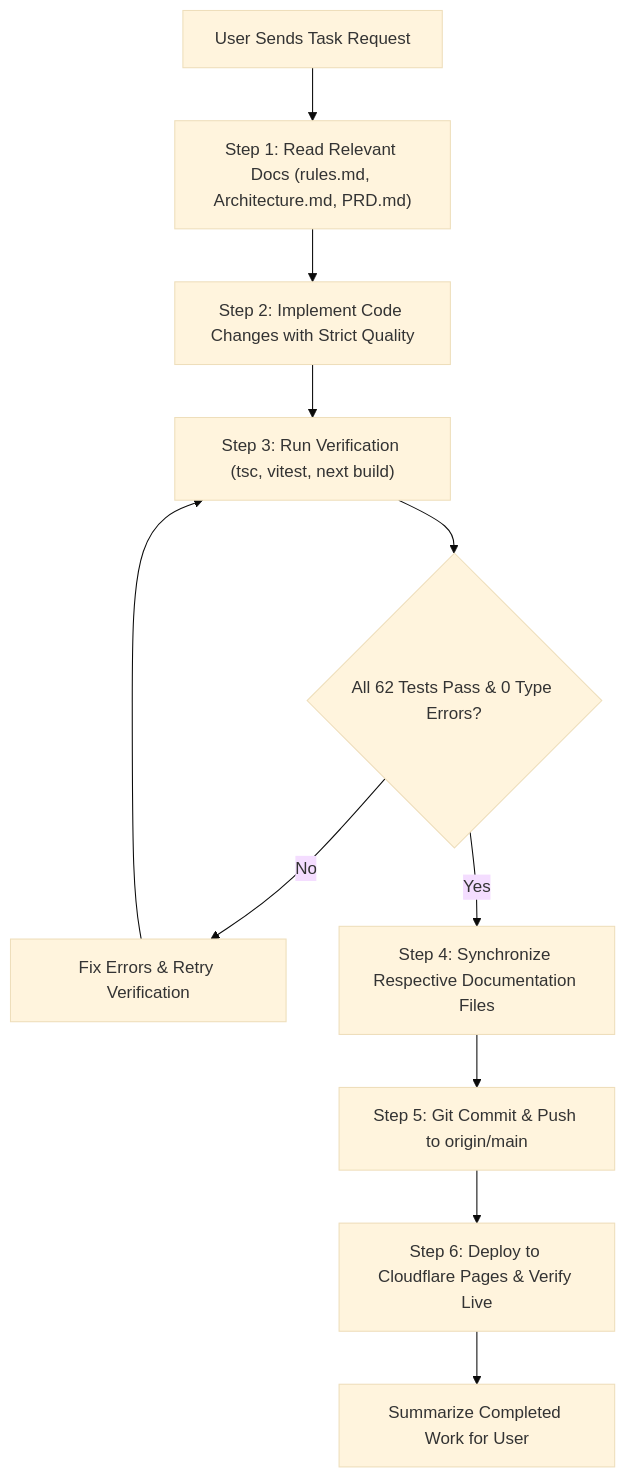
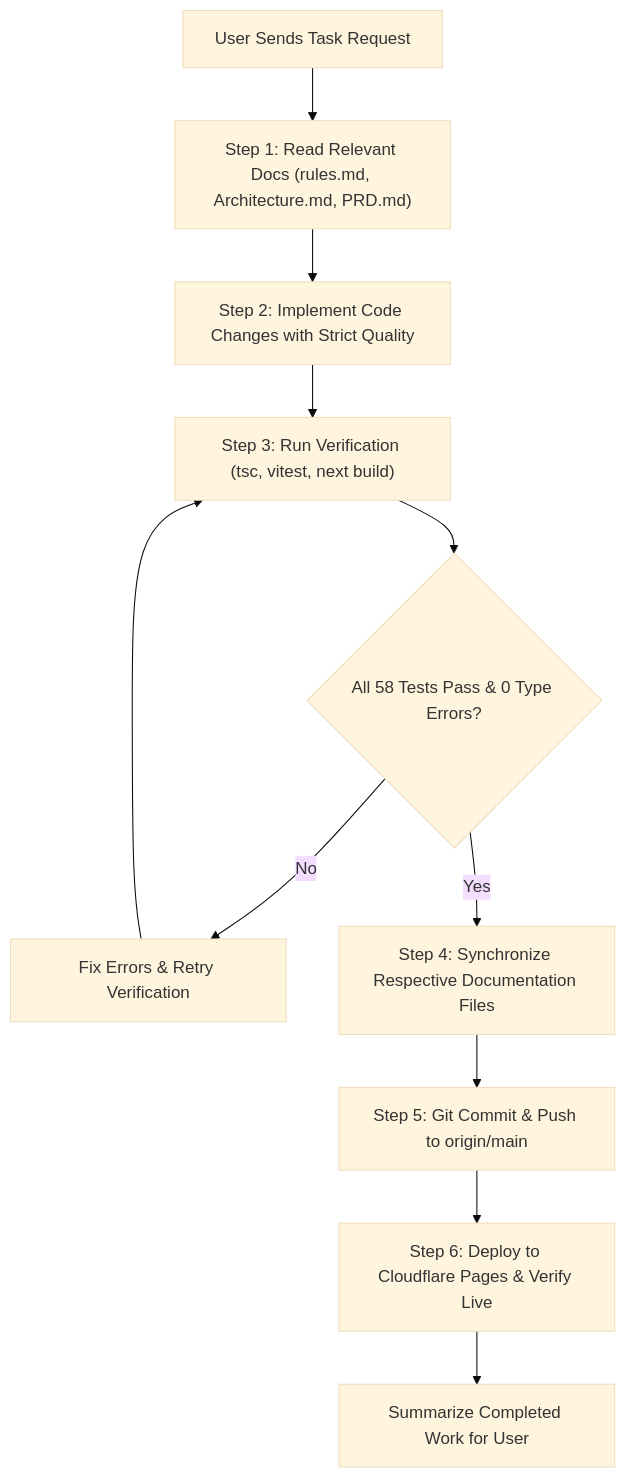
One commit to AvishkarKedar/textshare changed the diagram in COMMANDS.md. Above: the diagram before and after it, drawn with Mermaid (base theme). The commit also changed other lines of this file and 6 other files, not shown here.

````diff
--- a/COMMANDS.md
+++ b/COMMANDS.md
@@ -94,13 +94,13 @@
 ```mermaid
 flowchart TD
     Start["User Sends Task Request"] --> Step1["Step 1: Read Relevant Docs (rules.md, Architecture.md, PRD.md)"]
     Step1 --> Step2["Step 2: Implement Code Changes with Strict Quality"]
     Step2 --> Step3["Step 3: Run Verification (tsc, vitest, next build)"]
-    Step3 --> Step4{"All 62 Tests Pass & 0 Type Errors?"}
+    Step3 --> Step4{"All 58 Tests Pass & 0 Type Errors?"}
     Step4 -->|No| FixCode["Fix Errors & Retry Verification"]
     FixCode --> Step3
     Step4 -->|Yes| Step5["Step 4: Synchronize Respective Documentation Files"]
     Step5 --> Step6["Step 5: Git Commit & Push to origin/main"]
     Step6 --> Step7["Step 6: Deploy to Cloudflare Pages & Verify Live"]
     Step7 --> End["Summarize Completed Work for User"]
 ```
````
